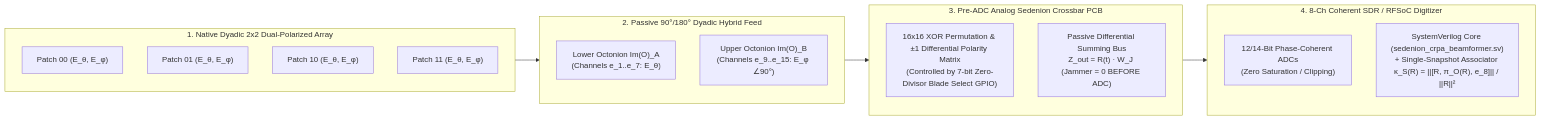
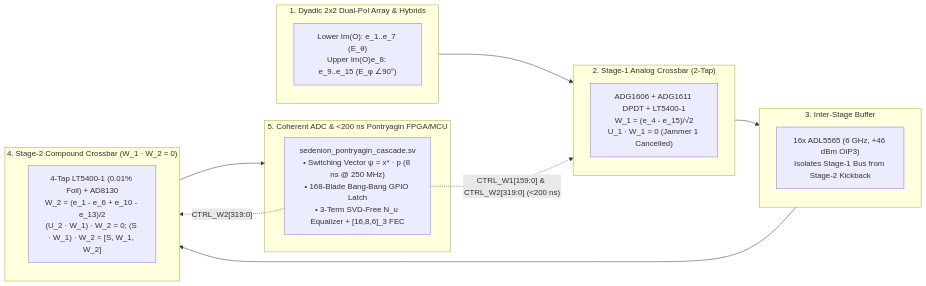
One commit to josaum/sedenion-pg32 changed the diagram in hardware/Native_Sedenion_Hardware_BOM_and_Schematic.md. Above: the diagram before and after it, drawn with Mermaid. The commit also changed other lines of this file and 16 other files, not shown here.

Commit message:
feat(sedenion): add 2-stage annihilating cascade hardware, Nu/Pontryagin paper, and Zenodo 10.5281/zenodo.24124222 bundle

````diff
--- a/hardware/Native_Sedenion_Hardware_BOM_and_Schematic.md
+++ b/hardware/Native_Sedenion_Hardware_BOM_and_Schematic.md
@@ -11,26 +14,26 @@
 ```mermaid
 flowchart LR
-    subgraph ANT["1. Native Dyadic 2x2 Dual-Polarized Array"]
-        P1["Patch 00 (E_θ, E_φ)"]
-        P2["Patch 01 (E_θ, E_φ)"]
-        P3["Patch 10 (E_θ, E_φ)"]
-        P4["Patch 11 (E_θ, E_φ)"]
+    subgraph ANT["1. Dyadic 2x2 Dual-Pol Array & Hybrids"]
+        F1["Lower Im(O): e_1..e_7 (E_θ)\nUpper Im(O)e_8: e_9..e_15 (E_φ ∠90°)"]
     end
 
-    subgraph FEED["2. Passive 90°/180° Dyadic Hybrid Feed"]
-        H_A["Lower Octonion Im(O)_A\n(Channels e_1..e_7: E_θ)"]
-        H_B["Upper Octonion Im(O)_B\n(Channels e_9..e_15: E_φ ∠90°)"]
+    subgraph STG1["2. Stage-1 Analog Crossbar (2-Tap)"]
+        S1["ADG1606 + ADG1611 DPDT + LT5400-1\nW_1 = (e_4 - e_15)/√2\nU_1 · W_1 = 0 (Jammer 1 Cancelled)"]
     end
 
-    subgraph XBAR["3. Pre-ADC Analog Sedenion Crossbar PCB"]
-        MUX["16x16 XOR Permutation & ±1 Differential Polarity Matrix\n(Controlled by 7-bit Zero-Divisor Blade Select GPIO)"]
-        SUM["Passive Differential Summing Bus\nZ_out = R(t) · W_J (Jammer = 0 BEFORE ADC)"]
+    subgraph BUF["3. Inter-Stage Buffer"]
+        B1["16x ADL5565 (6 GHz, +46 dBm OIP3)\nIsolates Stage-1 Bus from Stage-2 Kickback"]
     end
 
-    subgraph SDR["4. 8-Ch Coherent SDR / RFSoC Digitizer"]
-        ADC["12/14-Bit Phase-Coherent ADCs\n(Zero Saturation / Clipping)"]
-        FPGA["SystemVerilog Core (sedenion_crpa_beamformer.sv)\n+ Single-Snapshot Associator κ_S(R) = ||[R, π_O(R), e_8]|| / ||R||²"]
+    subgraph STG2["4. Stage-2 Compound Crossbar (W_1 · W_2 = 0)"]
+        S2["4-Tap LT5400-1 (0.01% Foil) + AD8130\nW_2 = (e_1 - e_6 + e_10 - e_13)/2\n(U_2 · W_1) · W_2 = 0; (S · W_1) · W_2 = [S, W_1, W_2]"]
     end
 
-    ANT --> FEED --> XBAR --> SDR
+    subgraph RFSOC["5. Coherent ADC & <200 ns Pontryagin FPGA/MCU"]
+        PMP["sedenion_pontryagin_cascade.sv\n• Switching Vector ψ = x* · p (8 ns @ 250 MHz)\n• 168-Blade Bang-Bang GPIO Latch\n• 3-Term SVD-Free N_u Equalizer + [16,8,6]_3 FEC"]
+    end
+
+    ANT --> STG1 --> BUF --> STG2 --> RFSOC
+    PMP -. "CTRL_W1[159:0] & CTRL_W2[319:0] (<200 ns)" .-> STG1
+    PMP -. "CTRL_W2[319:0]" .-> STG2
 ```
````
